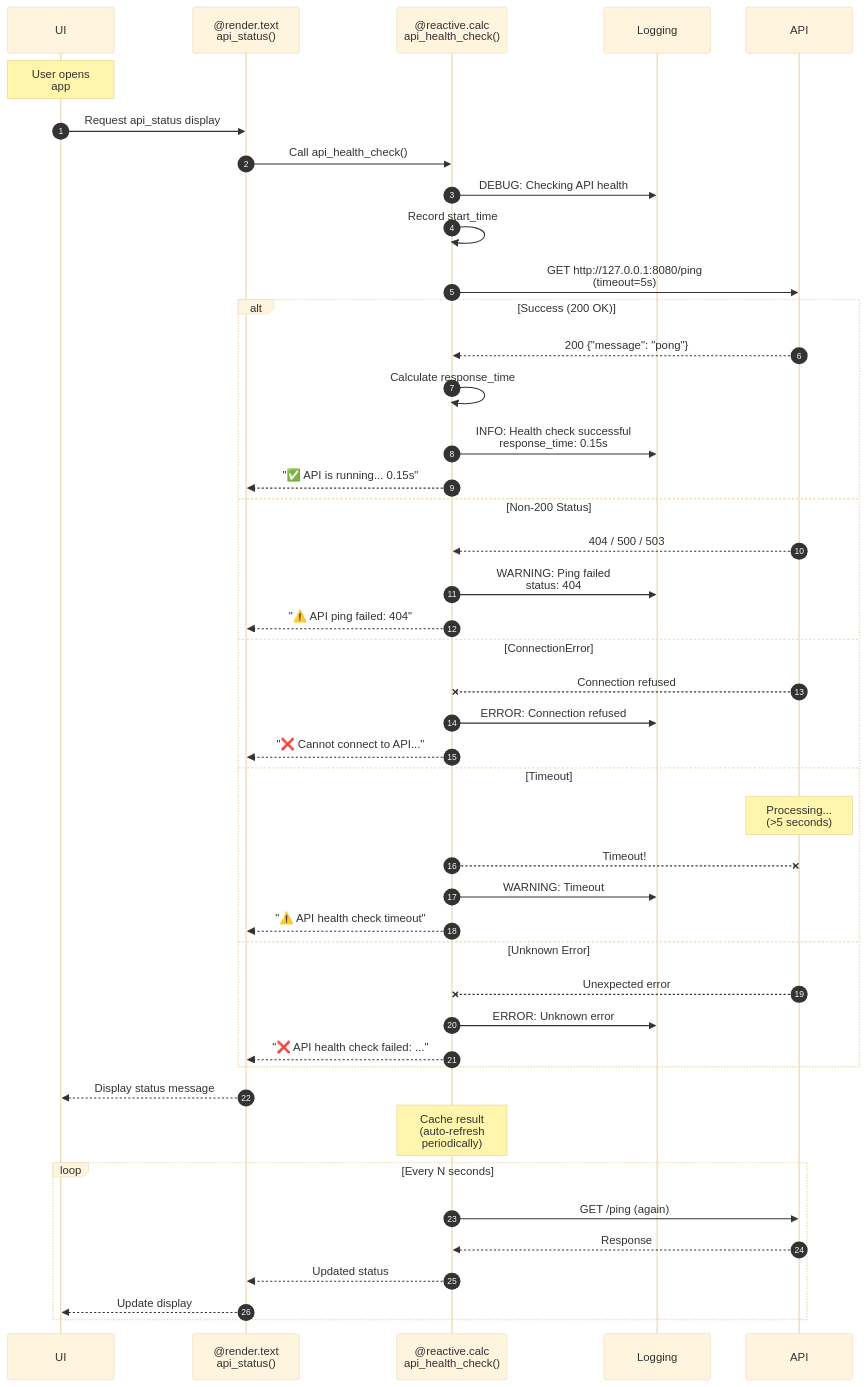
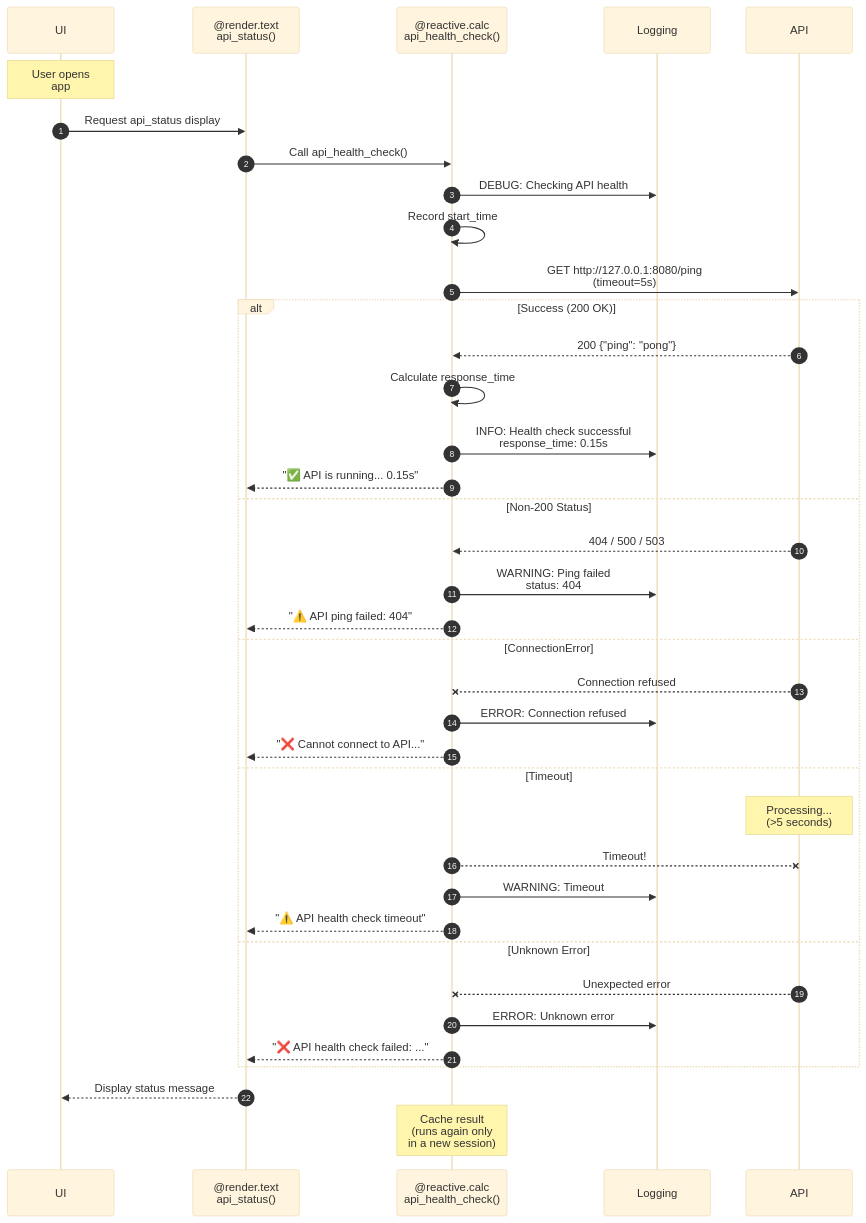
Before and after one commit to mjfrigaard/do4ds-labs: the tenth of 15 diagrams in app-log-py.qmd, drawn with Mermaid. The commit also changed other lines of this file and 6 other files, not shown here.

Commit message:
Review lab04, app-log-py, app-log-r: fact fixes, real log output, diagram text, README API path

````diff
--- a/app-log-py.qmd
+++ b/app-log-py.qmd
@@ -1297,63 +1294,56 @@
 ```{mermaid}
 %%| fig-cap: 'API Health Check Flow'
 %%| fig-width: 7.0
 %%| fig-align: 'center'
 %%{init: {'theme': 'base', 'look': 'classic', 'themeVariables': {'fontFamily': 'monospace'}}}%%
 
 sequenceDiagram
     autonumber
     participant UI as UI
     participant Render as @render.text<br>api_status()
     participant Calc as @reactive.calc<br>api_health_check()
     participant Log as Logging
     participant API as API
     
     Note over UI: User opens<br>app
     UI->>Render: Request api_status display
     Render->>Calc: Call api_health_check()
     
     Calc->>Log: DEBUG: Checking API health
     Calc->>Calc: Record start_time
     
     Calc->>API: GET http://127.0.0.1:8080/ping<br>(timeout=5s)
     
     alt Success (200 OK)
-        API-->>Calc: 200 {"message": "pong"}
+        API-->>Calc: 200 {"ping": "pong"}
         Calc->>Calc: Calculate response_time
         Calc->>Log: INFO: Health check successful<br>response_time: 0.15s
         Calc-->>Render: "✅ API is running... 0.15s"
         
     else Non-200 Status
         API-->>Calc: 404 / 500 / 503
         Calc->>Log: WARNING: Ping failed<br>status: 404
         Calc-->>Render: "⚠️ API ping failed: 404"
         
     else ConnectionError
         API--xCalc: Connection refused
         Calc->>Log: ERROR: Connection refused
         Calc-->>Render: "❌ Cannot connect to API..."
         
     else Timeout
         Note over API: Processing...<br>(>5 seconds)
         Calc--xAPI: Timeout!
         Calc->>Log: WARNING: Timeout
         Calc-->>Render: "⚠️ API health check timeout"
         
     else Unknown Error
         API--xCalc: Unexpected error
         Calc->>Log: ERROR: Unknown error
         Calc-->>Render: "❌ API health check failed: ..."
     end
     
     Render-->>UI: Display status message
     
-    Note over Calc: Cache result<br>(auto-refresh<br>periodically)
-    
-    loop Every N seconds
-        Calc->>API: GET /ping (again)
-        API-->>Calc: Response
-        Calc-->>Render: Updated status
-        Render-->>UI: Update display
-    end
+    Note over Calc: Cache result<br>(runs again only<br>in a new session)
 
 ```
````
